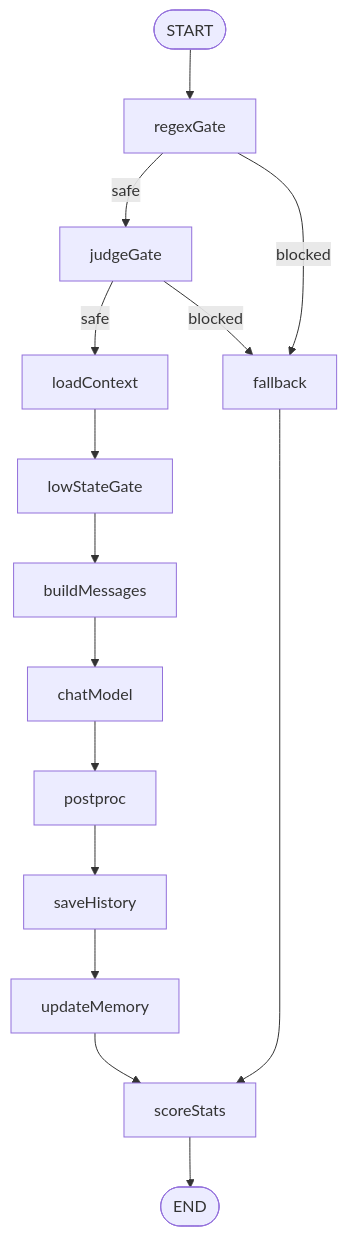
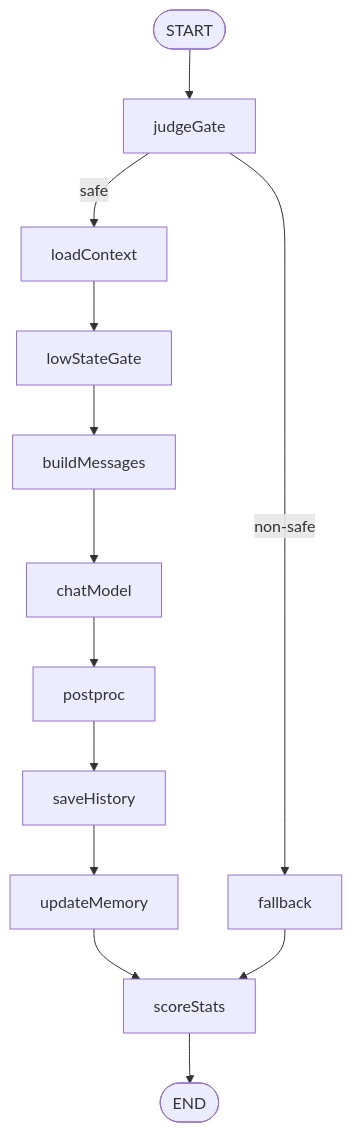
The second of 2 diagrams in README.md (CoucouMonEcho/llm-bot), drawn with Mermaid before and after one commit. The commit also changed other lines of this file and 11 other files, not shown here.

Commit message:
remove judge regex

````diff
--- a/README.md
+++ b/README.md
@@ -34,13 +34,11 @@
 ```mermaid
 flowchart TD
-    START([START]) --> regexGate
-    regexGate -- safe --> judgeGate
-    regexGate -- blocked --> fallback
+    START([START]) --> judgeGate
     judgeGate -- safe --> loadContext
-    judgeGate -- blocked --> fallback
+    judgeGate -- "non-safe" --> fallback
     loadContext --> lowStateGate --> buildMessages --> chatModel
     chatModel --> postproc
     postproc --> saveHistory --> updateMemory --> scoreStats
     fallback --> scoreStats
     scoreStats --> END([END])
 ```
````
